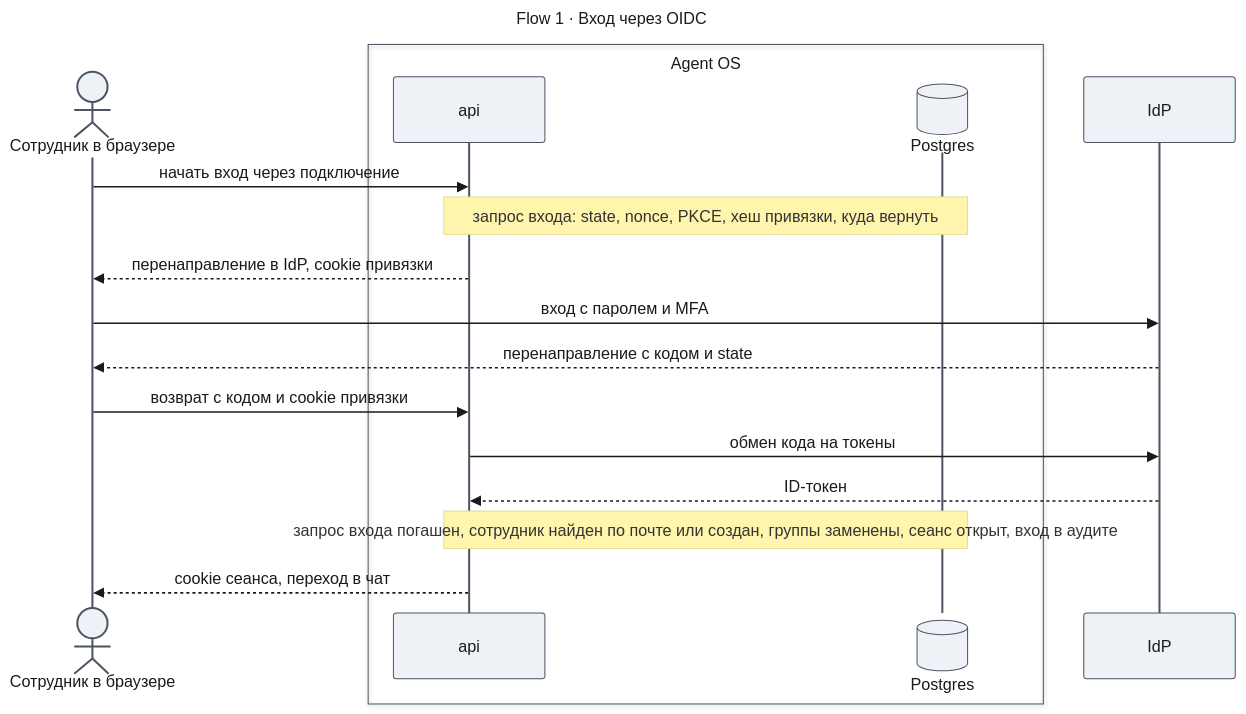
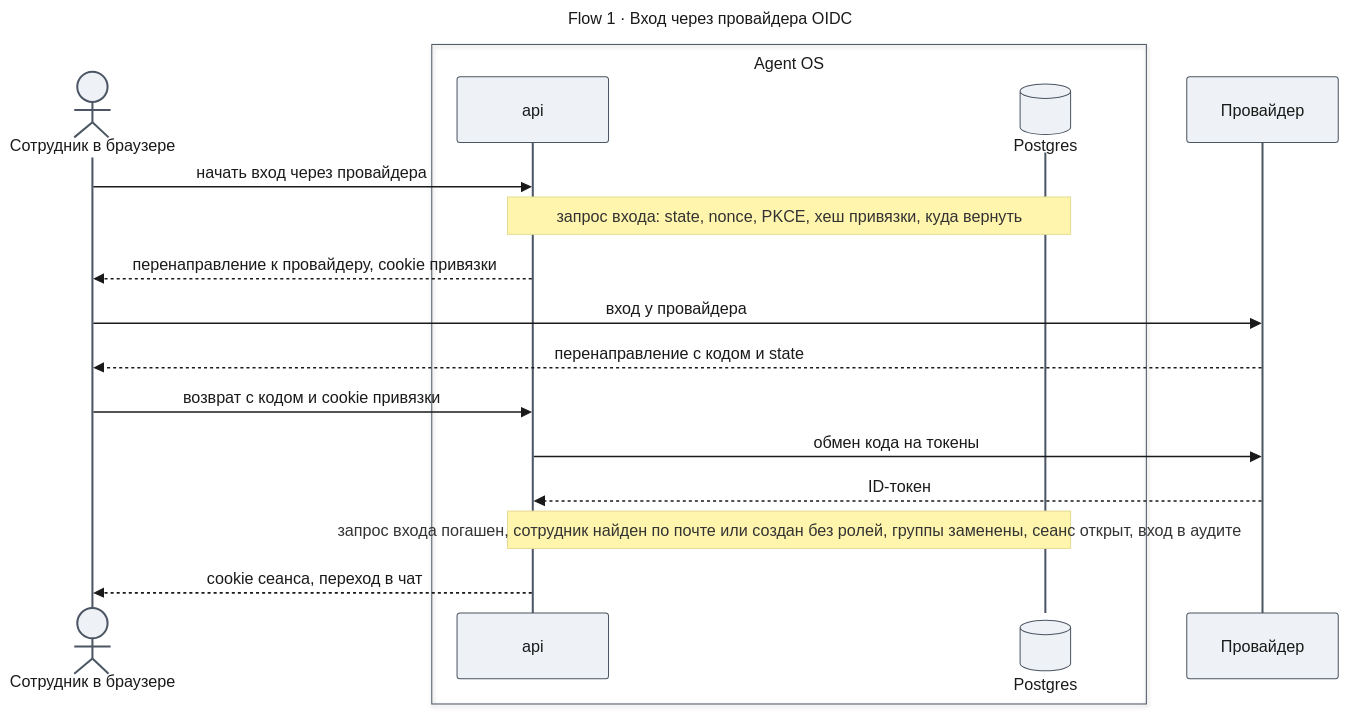
Before and after one commit to tundraray/agent-os: the sixth of 10 diagrams in docs/features/enterprise-access/design-identity.md, drawn with Mermaid. The commit also changed other lines of this file and 4 other files, not shown here.

````diff
--- a/docs/features/enterprise-access/design-identity.md
+++ b/docs/features/enterprise-access/design-identity.md
@@ -519,41 +526,41 @@
 ```mermaid
 ---
-title: "Flow 1 · Вход через OIDC"
+title: "Flow 1 · Вход через провайдера OIDC"
 config:
   theme: base
   look: classic
   themeVariables:
     primaryColor: "#eef1f5"
     primaryBorderColor: "#4b5563"
     primaryTextColor: "#1a1a1a"
     lineColor: "#6b7280"
   themeCSS: |
     @keyframes lit_f1{0%,11.25%{stroke:#991b1b;stroke-width:6px}12.5%,100%{stroke:#37474f;stroke-width:2px}}
     @keyframes litr_f1{0%,11.25%{stroke:#1d4ed8;stroke-width:6px}12.5%,100%{stroke:#37474f;stroke-width:2px}}
     .messageLine0[data-id='i0'],.messageLine1[data-id='i0']{animation:lit_f1 9.6s linear 0s infinite}
     .messageLine0[data-id='i2'],.messageLine1[data-id='i2']{animation:litr_f1 9.6s linear 1.2s infinite}
     .messageLine0[data-id='i3'],.messageLine1[data-id='i3']{animation:lit_f1 9.6s linear 2.4s infinite}
     .messageLine0[data-id='i4'],.messageLine1[data-id='i4']{animation:litr_f1 9.6s linear 3.6s infinite}
     .messageLine0[data-id='i5'],.messageLine1[data-id='i5']{animation:lit_f1 9.6s linear 4.8s infinite}
     .messageLine0[data-id='i6'],.messageLine1[data-id='i6']{animation:lit_f1 9.6s linear 6s infinite}
     .messageLine0[data-id='i7'],.messageLine1[data-id='i7']{animation:litr_f1 9.6s linear 7.2s infinite}
     .messageLine0[data-id='i9'],.messageLine1[data-id='i9']{animation:litr_f1 9.6s linear 8.4s infinite}
 ---
 sequenceDiagram
     actor U as Сотрудник в браузере
     box Agent OS
     participant A as api
     participant DB@{ "type": "database" } as Postgres
     end
-    participant I as IdP
-    U->>A: начать вход через подключение
+    participant I as Провайдер
+    U->>A: начать вход через провайдера
     Note over A,DB: запрос входа: state, nonce, PKCE, хеш привязки, куда вернуть
-    A-->>U: перенаправление в IdP, cookie привязки
-    U->>I: вход с паролем и MFA
+    A-->>U: перенаправление к провайдеру, cookie привязки
+    U->>I: вход у провайдера
     I-->>U: перенаправление с кодом и state
     U->>A: возврат с кодом и cookie привязки
     A->>I: обмен кода на токены
     I-->>A: ID-токен
-    Note over A,DB: запрос входа погашен, сотрудник найден по почте или создан, группы заменены, сеанс открыт, вход в аудите
+    Note over A,DB: запрос входа погашен, сотрудник найден по почте или создан без ролей, группы заменены, сеанс открыт, вход в аудите
     A-->>U: cookie сеанса, переход в чат
 ```
````
